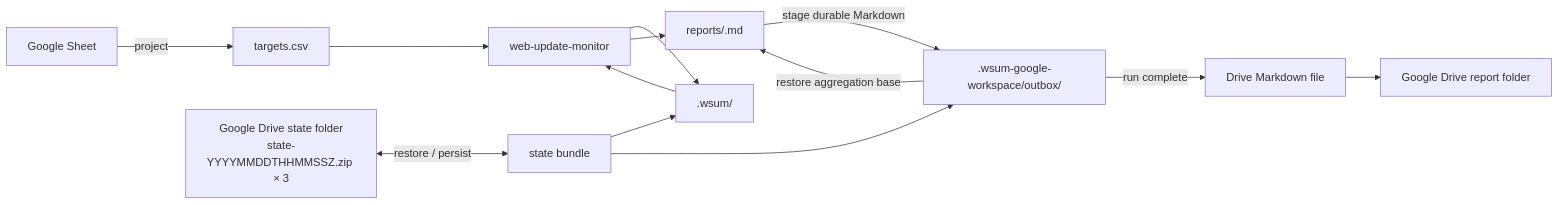
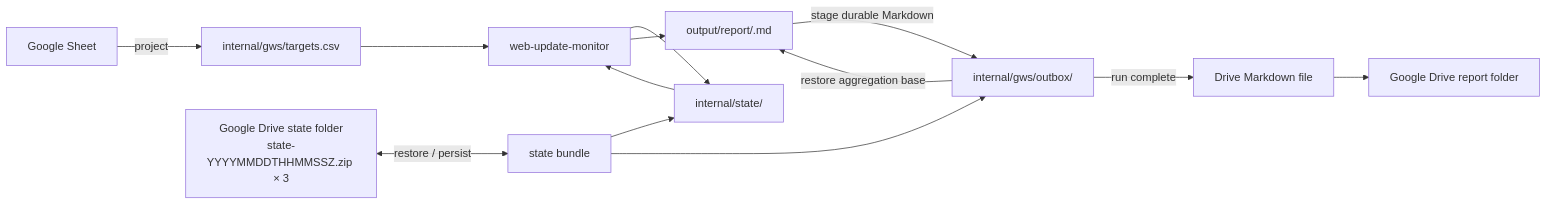
One commit to dceoy/wsum changed the diagram in skills/web-update-monitor-gws/SKILL.md. Above: the diagram before and after it, drawn with Mermaid. The commit also changed other lines of this file and 9 other files, not shown here.

First line of the commit message:
Separate user-facing output from internal workspace data (#57)

````diff
--- a/skills/web-update-monitor-gws/SKILL.md
+++ b/skills/web-update-monitor-gws/SKILL.md
@@ -16,15 +16,15 @@
 ```mermaid
 flowchart LR
-    GS["Google Sheet"] -->|project| CSV["targets.csv"]
+    GS["Google Sheet"] -->|project| CSV["internal/gws/targets.csv"]
     DS["Google Drive state folder<br/>state-YYYYMMDDTHHMMSSZ.zip × 3"] <-->|restore / persist| BUNDLE["state bundle"]
-    BUNDLE --> STATE[".wsum/"]
-    BUNDLE --> OUT[".wsum-google-workspace/outbox/"]
+    BUNDLE --> STATE["internal/state/"]
+    BUNDLE --> OUT["internal/gws/outbox/"]
     CSV --> CORE["web-update-monitor"]
     STATE --> CORE
     CORE --> STATE
-    CORE --> REPORT["reports/<run-id>.md"]
+    CORE --> REPORT["output/report/<run-id>.md"]
     OUT -->|restore aggregation base| REPORT
     REPORT -->|stage durable Markdown| OUT
     OUT -->|run complete| GMD["Drive Markdown file"]
     GMD --> DR["Google Drive report folder"]
 ```
````
